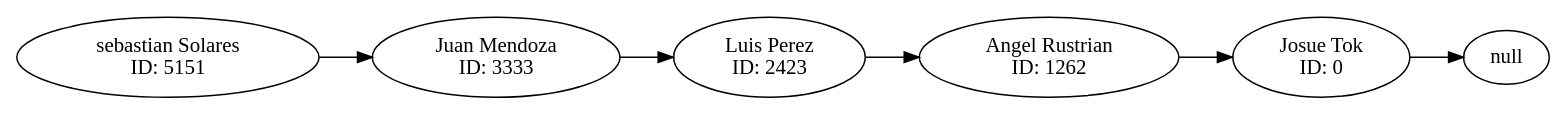
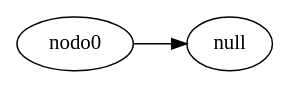
One commit to Ssolares0/EDD_VJ1S2023_PY_202004822 changed the diagram in FASE1/Reportes/ListaEmpleados.dot. Above: the diagram before and after it, drawn with Graphviz. The commit also changed 34 other files, not shown here.

```diff
--- a/FASE1/Reportes/ListaEmpleados.dot
+++ b/FASE1/Reportes/ListaEmpleados.dot
@@ -1,20 +1,6 @@
 digraph ListaSimple{
 rankdir=LR;
 node[shape = oval];
 nodonull2[label="null"];
-nodo0[label="sebastian Solares
-ID: 5151 "];
-nodo1[label="Juan Mendoza
-ID: 3333 "];
-nodo2[label="Luis Perez
-ID: 2423 "];
-nodo3[label="Angel Rustrian
-ID: 1262 "];
-nodo4[label="Josue Tok
-ID: 0 "];
-nodo0->nodo1;
-nodo1->nodo2;
-nodo2->nodo3;
-nodo3->nodo4;
-nodo4->nodonull2;
+nodo0->nodonull2;
 }
```
